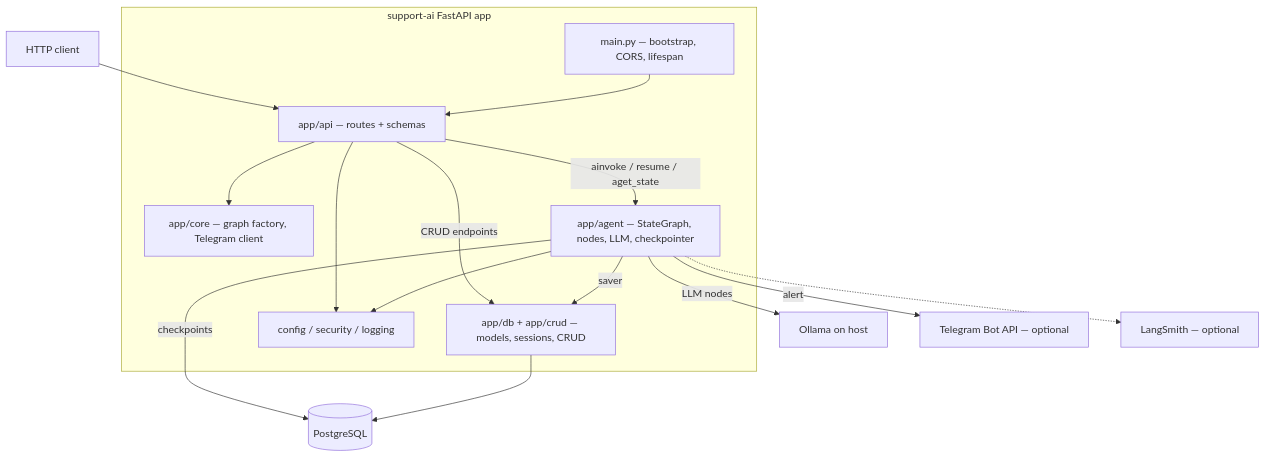
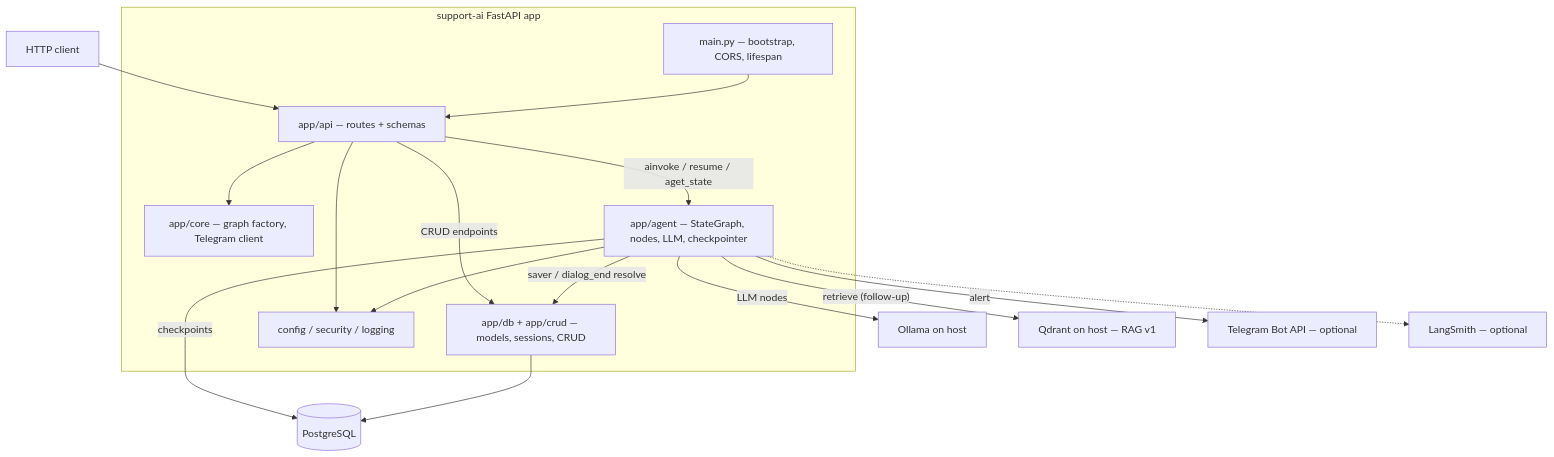
The first of 2 diagrams in docs/PROJECT_GUIDE.md (aryabchi/support-ai), drawn with Mermaid before and after one commit. The commit also changed other lines of this file, not shown here.

First line of the commit message:
Document RAG follow-up in PROJECT_GUIDE.

````diff
--- a/docs/PROJECT_GUIDE.md
+++ b/docs/PROJECT_GUIDE.md
@@ -118,32 +125,34 @@
 ```mermaid
 flowchart TB
     CLIENT["HTTP client"]
 
     subgraph App["support-ai FastAPI app"]
         MAIN["main.py — bootstrap, CORS, lifespan"]
         API["app/api — routes + schemas"]
         CORE["app/core — graph factory, Telegram client"]
         AGENT["app/agent — StateGraph, nodes, LLM, checkpointer"]
         DATA["app/db + app/crud — models, sessions, CRUD"]
         XCUT["config / security / logging"]
     end
 
     PG[("PostgreSQL")]
     OLLAMA["Ollama on host"]
+    QDRANT["Qdrant on host — RAG v1"]
     TG["Telegram Bot API — optional"]
     LS["LangSmith — optional"]
 
     CLIENT --> API
     MAIN --> API
     API --> CORE
     API -->|"ainvoke / resume / aget_state"| AGENT
     API -->|"CRUD endpoints"| DATA
     AGENT -->|"LLM nodes"| OLLAMA
-    AGENT -->|"saver"| DATA
+    AGENT -->|"retrieve (follow-up)"| QDRANT
+    AGENT -->|"saver / dialog_end resolve"| DATA
     AGENT -->|"alert"| TG
     AGENT -->|"checkpoints"| PG
     DATA --> PG
     AGENT -.-> LS
     API --> XCUT
     AGENT --> XCUT
 ```
````
